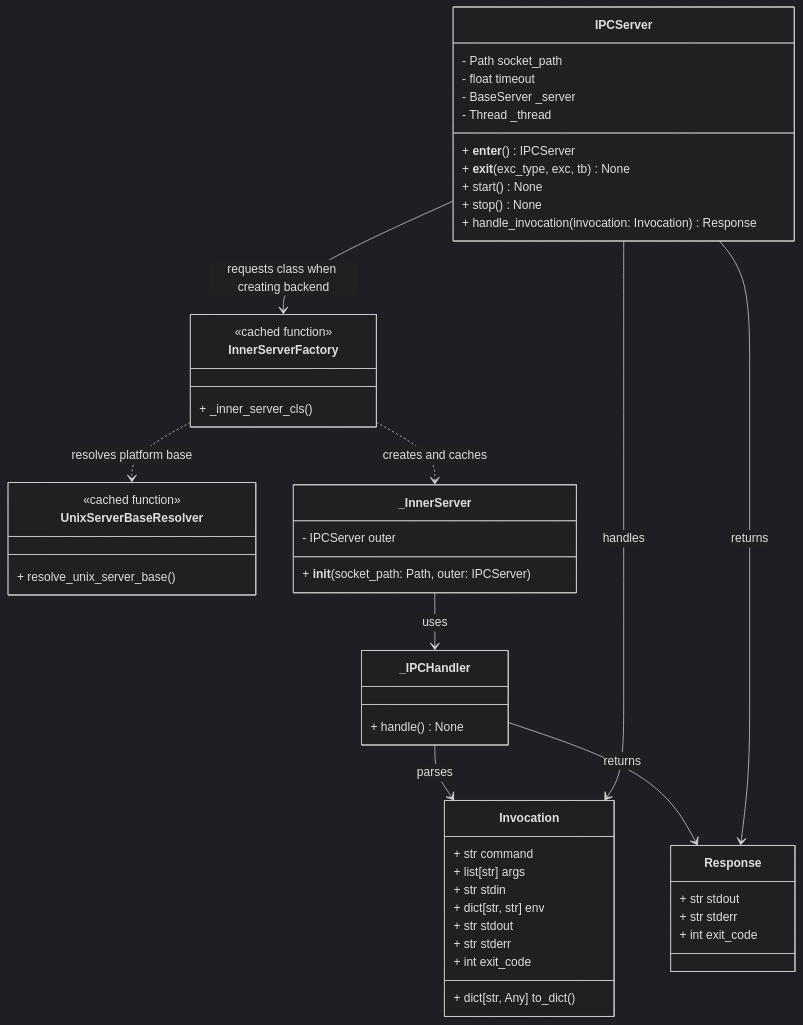
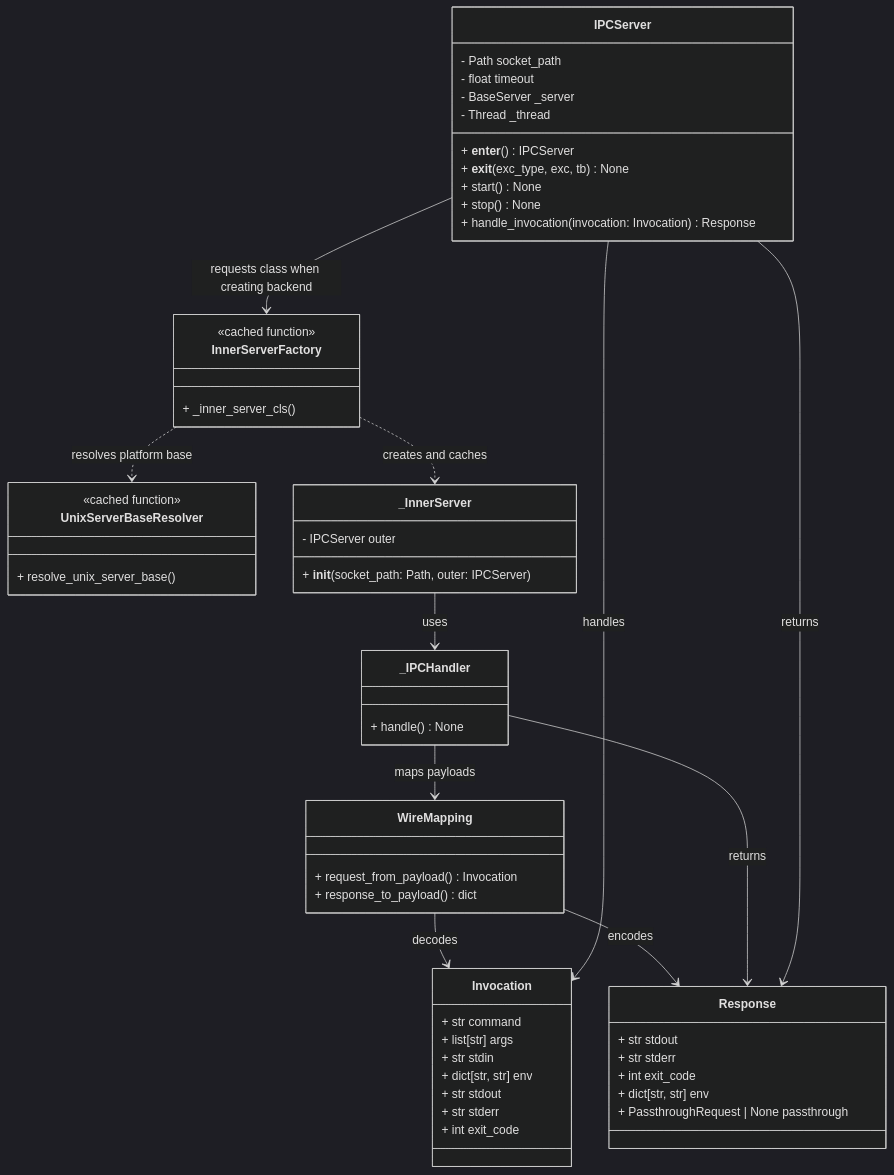
One commit to leynos/cmd-mox changed the ninth of 31 diagrams in docs/python-native-command-mocking-design.md. Above: the diagram before and after it, drawn with Mermaid (dark theme). The commit also changed other lines of this file and 28 other files, not shown here.

````diff
--- a/docs/python-native-command-mocking-design.md
+++ b/docs/python-native-command-mocking-design.md
@@ -948,52 +982,59 @@
 ```mermaid
 classDiagram
     class IPCServer {
         - Path socket_path
         - float timeout
         - BaseServer _server
         - Thread _thread
         + __enter__() IPCServer
         + __exit__(exc_type, exc, tb) None
         + start() None
         + stop() None
         + handle_invocation(invocation: Invocation) Response
     }
     class InnerServerFactory {
         <<cached function>>
         + _inner_server_cls()
     }
     class UnixServerBaseResolver {
         <<cached function>>
         + resolve_unix_server_base()
     }
     class _InnerServer {
         - IPCServer outer
         + __init__(socket_path: Path, outer: IPCServer)
     }
     class _IPCHandler {
         + handle() None
     }
     class Invocation {
         + str command
         + list[str] args
         + str stdin
         + dict[str, str] env
         + str stdout
         + str stderr
         + int exit_code
-        + dict[str, Any] to_dict()
     }
     class Response {
         + str stdout
         + str stderr
         + int exit_code
+        + dict[str, str] env
+        + PassthroughRequest | None passthrough
     }
     IPCServer --> InnerServerFactory : requests class when creating backend
     InnerServerFactory ..> UnixServerBaseResolver : resolves platform base
     InnerServerFactory ..> _InnerServer : creates and caches
     _InnerServer --> _IPCHandler : uses
-    _IPCHandler --> Invocation : parses
+    class WireMapping {
+        + request_from_payload() Invocation
+        + response_to_payload() dict
+    }
+    _IPCHandler --> WireMapping : maps payloads
+    WireMapping --> Invocation : decodes
+    WireMapping --> Response : encodes
     _IPCHandler --> Response : returns
     IPCServer --> Invocation : handles
     IPCServer --> Response : returns
 ```
````
